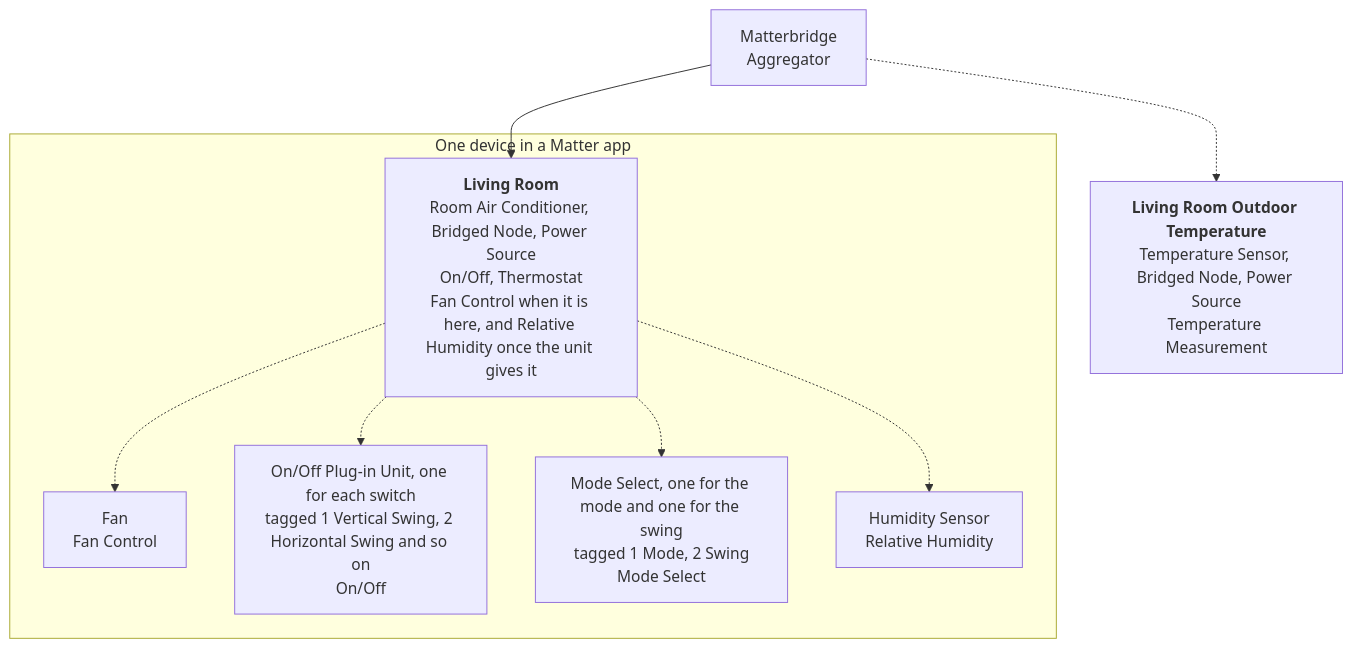
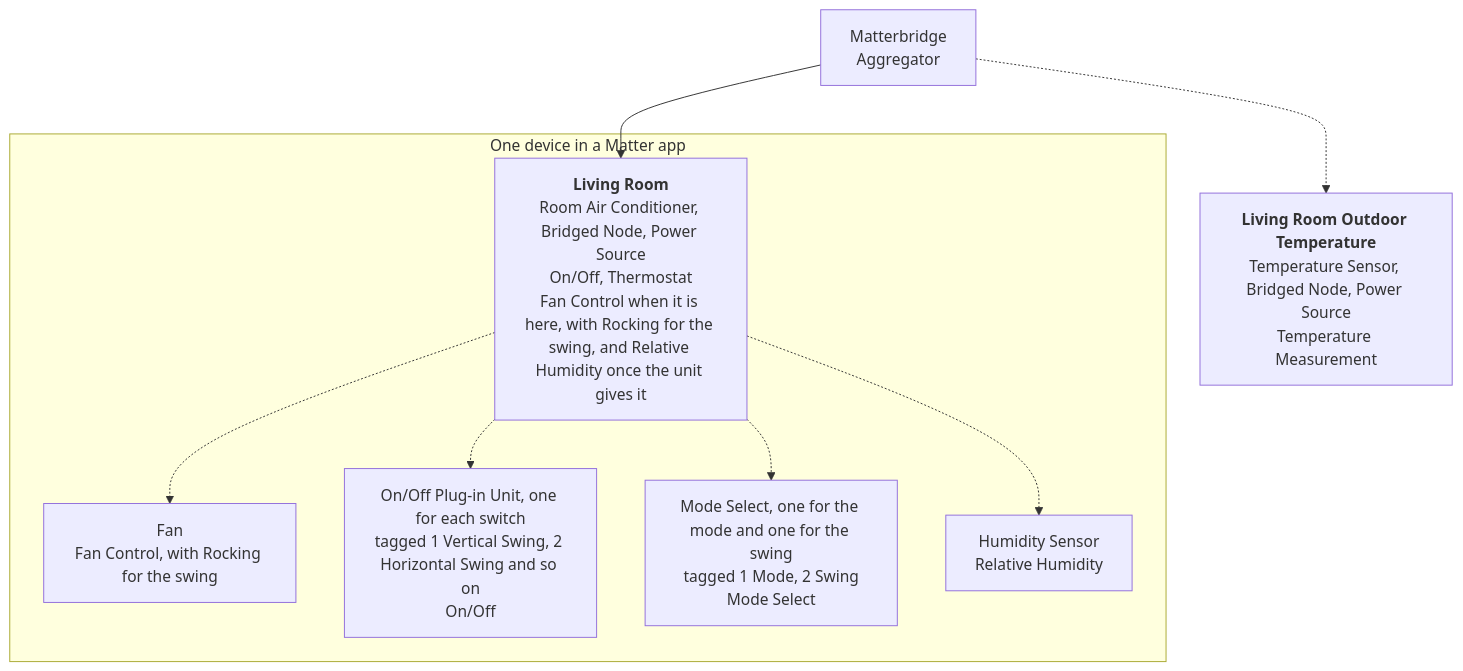
Before and after one commit to cheziyi/matterbridge-daikin-local: the first of 2 diagrams in README.md, drawn with Mermaid. The commit also changed other lines of this file and 10 other files, not shown here.

First line of the commit message:
feat(devices): show the swing as the rocking of the fan control, and a fan of its own beside the air conditioner

````diff
--- a/README.md
+++ b/README.md
@@ -117,18 +117,18 @@
 ```mermaid
 flowchart TD
     bridge["Matterbridge<br/>Aggregator"]
     subgraph device["One device in a Matter app"]
-        ac["<b>Living Room</b><br/>Room Air Conditioner, Bridged Node, Power Source<br/>On/Off, Thermostat<br/>Fan Control when it is here, and Relative Humidity once the unit gives it"]
-        fan["Fan<br/>Fan Control"]
+        ac["<b>Living Room</b><br/>Room Air Conditioner, Bridged Node, Power Source<br/>On/Off, Thermostat<br/>Fan Control when it is here, with Rocking for the swing, and Relative Humidity once the unit gives it"]
+        fan["Fan<br/>Fan Control, with Rocking for the swing"]
         switches["On/Off Plug-in Unit, one for each switch<br/>tagged 1 Vertical Swing, 2 Horizontal Swing and so on<br/>On/Off"]
         selects["Mode Select, one for the mode and one for the swing<br/>tagged 1 Mode, 2 Swing<br/>Mode Select"]
         humidity["Humidity Sensor<br/>Relative Humidity"]
     end
     outdoor["<b>Living Room Outdoor Temperature</b><br/>Temperature Sensor, Bridged Node, Power Source<br/>Temperature Measurement"]
     bridge --> ac
     ac -.-> fan
     ac -.-> switches
     ac -.-> selects
     ac -.-> humidity
     bridge -.-> outdoor
 ```
````
